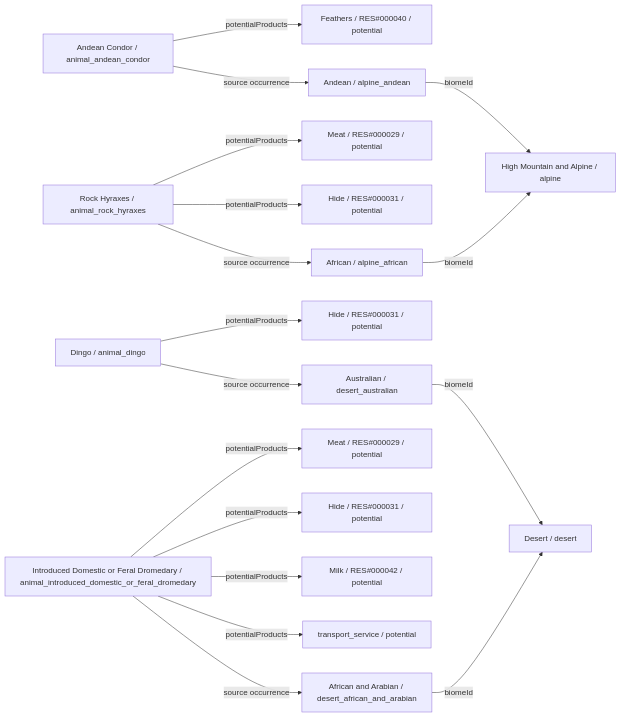
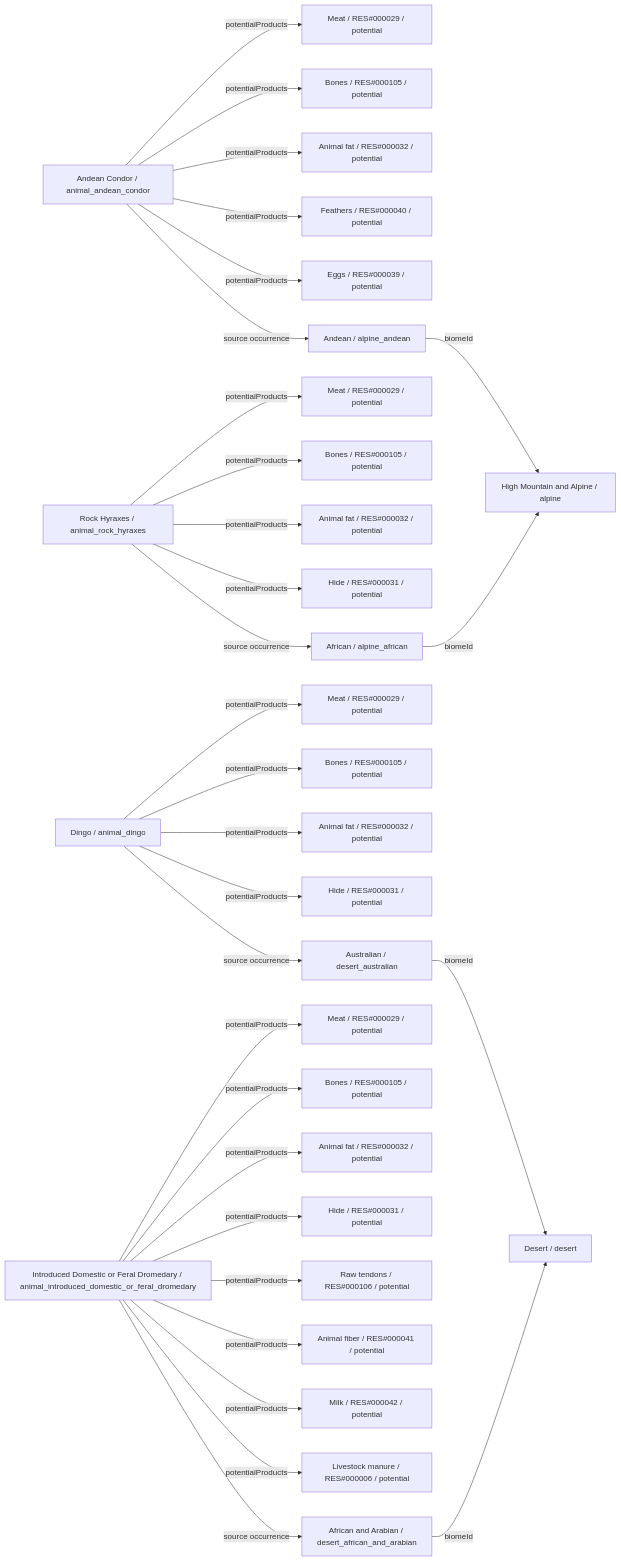
The eighth of 26 diagrams in data/animals/DIAGRAMS.md (fgabo404/EvolveDoc), drawn with Mermaid before and after one commit. The commit also changed other lines of this file and 44 other files, not shown here.

````diff
--- a/data/animals/DIAGRAMS.md
+++ b/data/animals/DIAGRAMS.md
@@ -455,37 +609,63 @@
 ```mermaid
 flowchart LR
     c0["Andean Condor / animal_andean_condor"]
     v23["Andean / alpine_andean"]
     b6["High Mountain and Alpine / alpine"]
-    o0_0["Feathers / RES#000040 / potential"]
+    o0_0["Meat / RES#000029 / potential"]
+    o0_1["Bones / RES#000105 / potential"]
+    o0_2["Animal fat / RES#000032 / potential"]
+    o0_3["Feathers / RES#000040 / potential"]
+    o0_4["Eggs / RES#000039 / potential"]
     c1["Rock Hyraxes / animal_rock_hyraxes"]
     v26["African / alpine_african"]
     o1_0["Meat / RES#000029 / potential"]
-    o1_1["Hide / RES#000031 / potential"]
+    o1_1["Bones / RES#000105 / potential"]
+    o1_2["Animal fat / RES#000032 / potential"]
+    o1_3["Hide / RES#000031 / potential"]
     c2["Dingo / animal_dingo"]
     v18["Australian / desert_australian"]
     b4["Desert / desert"]
-    o2_0["Hide / RES#000031 / potential"]
+    o2_0["Meat / RES#000029 / potential"]
+    o2_1["Bones / RES#000105 / potential"]
+    o2_2["Animal fat / RES#000032 / potential"]
+    o2_3["Hide / RES#000031 / potential"]
     c3["Introduced Domestic or Feral Dromedary / animal_introduced_domestic_or_feral_dromedary"]
     v16["African and Arabian / desert_african_and_arabian"]
     o3_0["Meat / RES#000029 / potential"]
-    o3_1["Hide / RES#000031 / potential"]
-    o3_2["Milk / RES#000042 / potential"]
-    o3_3["transport_service / potential"]
+    o3_1["Bones / RES#000105 / potential"]
+    o3_2["Animal fat / RES#000032 / potential"]
+    o3_3["Hide / RES#000031 / potential"]
+    o3_4["Raw tendons / RES#000106 / potential"]
+    o3_5["Animal fiber / RES#000041 / potential"]
+    o3_6["Milk / RES#000042 / potential"]
+    o3_7["Livestock manure / RES#000006 / potential"]
     c0 -->|potentialProducts| o0_0
+    c0 -->|potentialProducts| o0_1
+    c0 -->|potentialProducts| o0_2
+    c0 -->|potentialProducts| o0_3
+    c0 -->|potentialProducts| o0_4
     c0 -->|source occurrence| v23
     c1 -->|potentialProducts| o1_0
     c1 -->|potentialProducts| o1_1
+    c1 -->|potentialProducts| o1_2
+    c1 -->|potentialProducts| o1_3
     c1 -->|source occurrence| v26
     c2 -->|potentialProducts| o2_0
+    c2 -->|potentialProducts| o2_1
+    c2 -->|potentialProducts| o2_2
+    c2 -->|potentialProducts| o2_3
     c2 -->|source occurrence| v18
     c3 -->|potentialProducts| o3_0
     c3 -->|potentialProducts| o3_1
     c3 -->|potentialProducts| o3_2
     c3 -->|potentialProducts| o3_3
+    c3 -->|potentialProducts| o3_4
+    c3 -->|potentialProducts| o3_5
+    c3 -->|potentialProducts| o3_6
+    c3 -->|potentialProducts| o3_7
     c3 -->|source occurrence| v16
     v16 -->|biomeId| b4
     v18 -->|biomeId| b4
     v23 -->|biomeId| b6
     v26 -->|biomeId| b6
 ```
````
